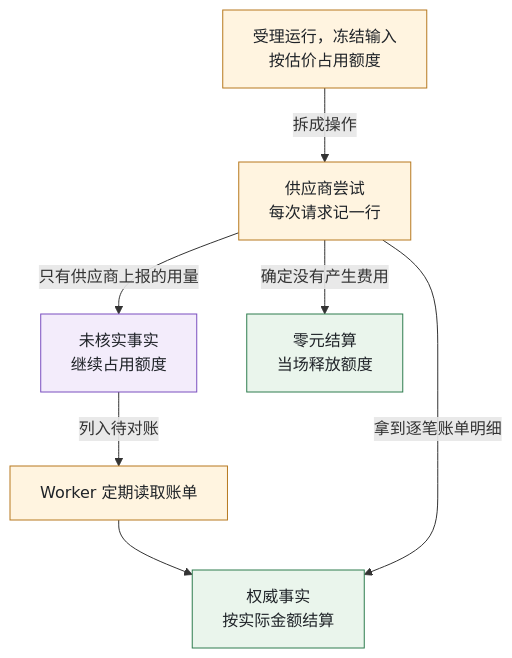
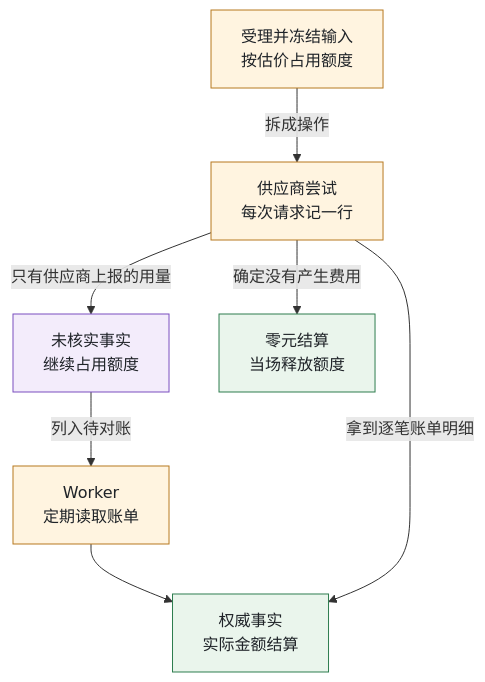
Before and after one commit to yaoziyaoguai/video-factory: the fifth of 11 diagrams in README.md, drawn with Mermaid. The commit also changed other lines of this file, not shown here.

First line of the commit message:
docs(readme): make the Mermaid diagrams render cleanly on GitHub [skip ci]

````diff
--- a/README.md
+++ b/README.md
@@ -203,16 +210,16 @@
 ```mermaid
 flowchart TB
-  RUN["受理运行，冻结输入<br/>按估价占用额度"] -->|"拆成操作"| ATTEMPT["供应商尝试<br/>每次请求记一行"]
+  RUN["受理并冻结输入<br/>按估价占用额度"] -->|"拆成操作"| ATTEMPT["供应商尝试<br/>每次请求记一行"]
   ATTEMPT -->|"只有供应商上报的用量"| UNVERIFIED["未核实事实<br/>继续占用额度"]
-  UNVERIFIED -->|"列入待对账"| RECON["Worker 定期读取账单"]
-  RECON --> FINAL["权威事实<br/>按实际金额结算"]
+  UNVERIFIED -->|"列入待对账"| RECON["Worker<br/>定期读取账单"]
+  RECON --> FINAL["权威事实<br/>实际金额结算"]
   ATTEMPT -->|"拿到逐笔账单明细"| FINAL
   ATTEMPT -->|"确定没有产生费用"| ZERO["零元结算<br/>当场释放额度"]
 
   classDef cMake fill:#FFF4E0,stroke:#B7791F,color:#1F2328
   classDef cKeep fill:#EAF5EC,stroke:#2E7D4F,color:#1F2328
   classDef cWork fill:#F3ECFB,stroke:#7A4FBF,color:#1F2328
   class RUN,ATTEMPT,RECON cMake
   class ZERO,FINAL cKeep
   class UNVERIFIED cWork
 ```
````
